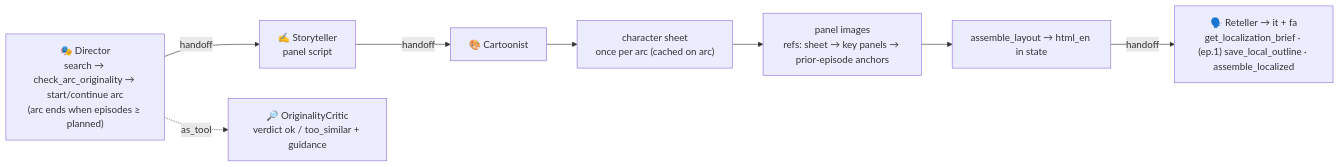
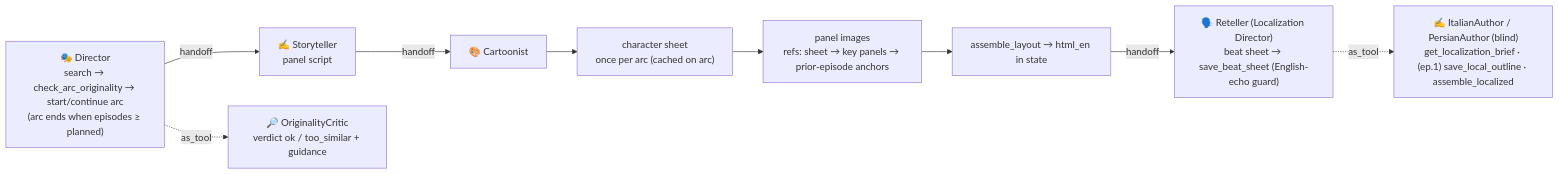
One commit to abozaralizadeh/SandBox changed the second of 3 diagrams in ComicBook/architecture.md. Above: the diagram before and after it, drawn with Mermaid. The commit also changed other lines of this file and 4 other files, not shown here.

First line of the commit message:
Localization: beat-sheet + blind native authors

````diff
--- a/ComicBook/architecture.md
+++ b/ComicBook/architecture.md
@@ -112,11 +116,12 @@
 ```mermaid
 flowchart LR
   D["🎭 Director<br/>search → check_arc_originality → start/continue arc<br/>(arc ends when episodes ≥ planned)"]
   D -->|handoff| S["✍️ Storyteller<br/>panel script"]
   S -->|handoff| C["🎨 Cartoonist"]
   C --> CS["character sheet<br/>once per arc (cached on arc)"]
   CS --> PI["panel images<br/>refs: sheet → key panels → prior-episode anchors"]
   PI --> L["assemble_layout → html_en in state"]
-  L -->|handoff| R["🗣️ Reteller → it + fa<br/>get_localization_brief · (ep.1) save_local_outline · assemble_localized"]
+  L -->|handoff| R["🗣️ Reteller (Localization Director)<br/>beat sheet → save_beat_sheet (English-echo guard)"]
+  R -. as_tool .-> NA["✍️ ItalianAuthor / PersianAuthor (blind)<br/>get_localization_brief · (ep.1) save_local_outline · assemble_localized"]
   D -. as_tool .-> OC["🔎 OriginalityCritic<br/>verdict ok / too_similar + guidance"]
 ```
````
